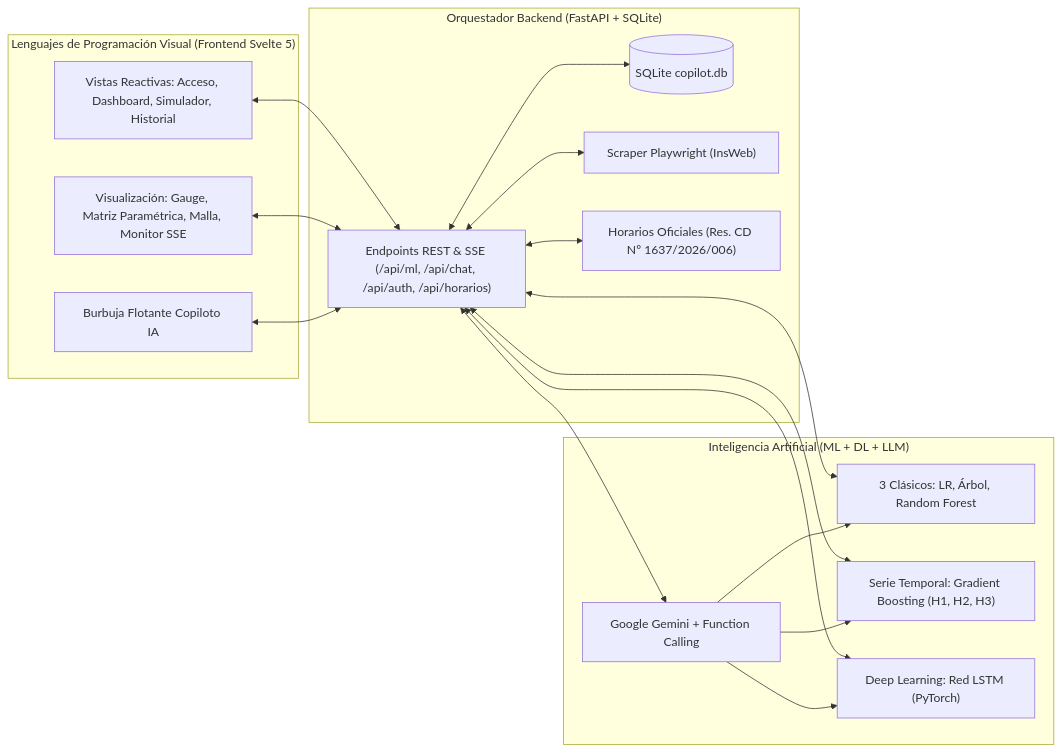
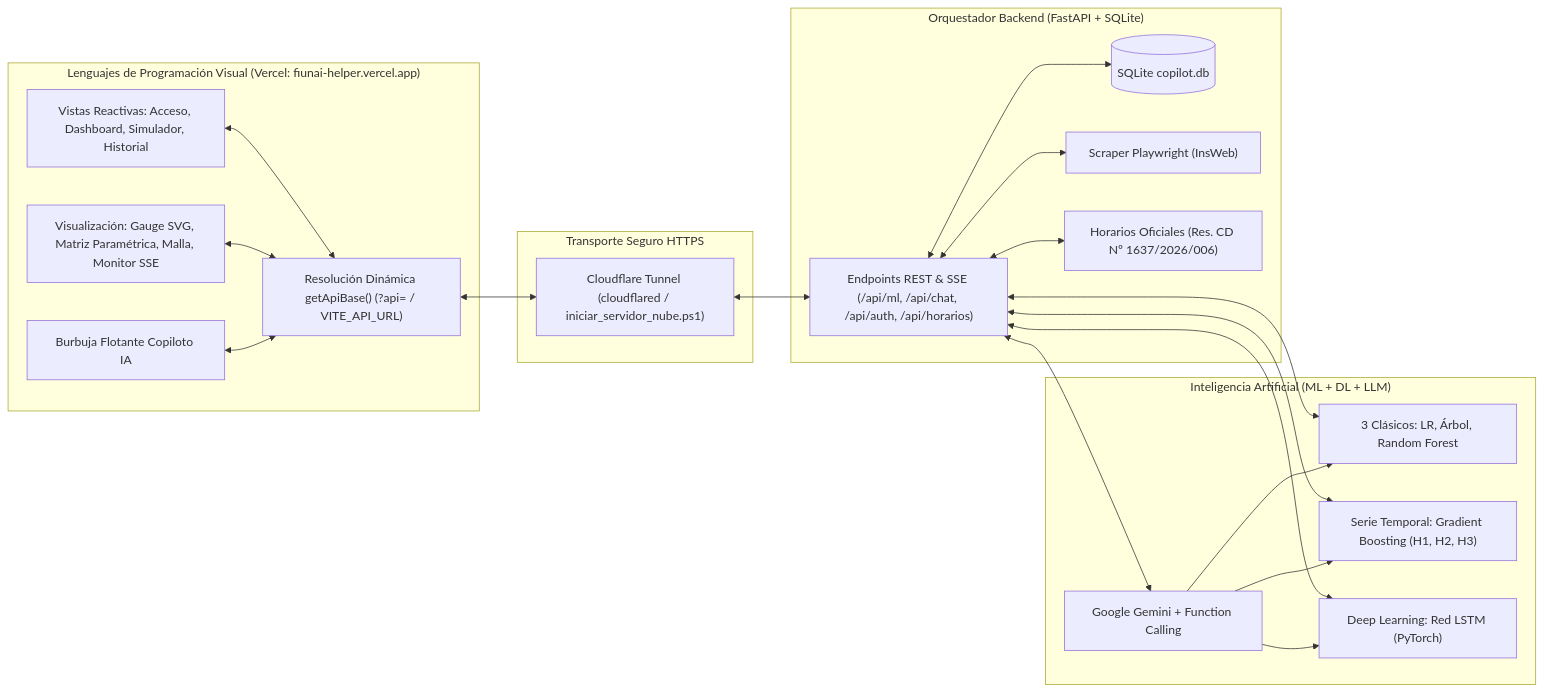
Before and after one commit to roquess321/proyectoIA2026: the diagram in DOCUMENTACION_IA_Y_LPV.md, drawn with Mermaid. The commit also changed other lines of this file and 1 other file, not shown here.

Commit message:
docs: actualizar README y documentación IA/LPV con despliegue en Vercel y Cloudflare Tunnel

````diff
--- a/DOCUMENTACION_IA_Y_LPV.md
+++ b/DOCUMENTACION_IA_Y_LPV.md
@@ -37,36 +37,43 @@
 ```mermaid
 flowchart LR
-    subgraph LPV ["Lenguajes de Programación Visual (Frontend Svelte 5)"]
+    subgraph LPV ["Lenguajes de Programación Visual (Vercel: fiunai-helper.vercel.app)"]
         UI["Vistas Reactivas: Acceso, Dashboard, Simulador, Historial"]
-        VIZ["Visualización: Gauge, Matriz Paramétrica, Malla, Monitor SSE"]
+        VIZ["Visualización: Gauge SVG, Matriz Paramétrica, Malla, Monitor SSE"]
         CHAT["Burbuja Flotante Copiloto IA"]
+        APIBASE["Resolución Dinámica getApiBase() (?api= / VITE_API_URL)"]
+    end
+
+    subgraph NET ["Transporte Seguro HTTPS"]
+        CF["Cloudflare Tunnel (cloudflared / iniciar_servidor_nube.ps1)"]
     end
 
     subgraph API ["Orquestador Backend (FastAPI + SQLite)"]
         REST["Endpoints REST & SSE (/api/ml, /api/chat, /api/auth, /api/horarios)"]
         DB[("SQLite copilot.db")]
         SCR["Scraper Playwright (InsWeb)"]
         HOR["Horarios Oficiales (Res. CD Nº 1637/2026/006)"]
     end
 
     subgraph IA ["Inteligencia Artificial (ML + DL + LLM)"]
         ML["3 Clásicos: LR, Árbol, Random Forest"]
         TS["Serie Temporal: Gradient Boosting (H1, H2, H3)"]
         LSTM["Deep Learning: Red LSTM (PyTorch)"]
         LLM["Google Gemini + Function Calling"]
     end
 
-    UI <--> REST
-    VIZ <--> REST
-    CHAT <--> REST
+    UI <--> APIBASE
+    VIZ <--> APIBASE
+    CHAT <--> APIBASE
+    APIBASE <--> CF
+    CF <--> REST
     REST <--> DB
     REST <--> SCR
     REST <--> HOR
     REST <--> ML
     REST <--> TS
     REST <--> LSTM
     REST <--> LLM
     LLM --> ML
     LLM --> TS
     LLM --> LSTM
 ```
````
